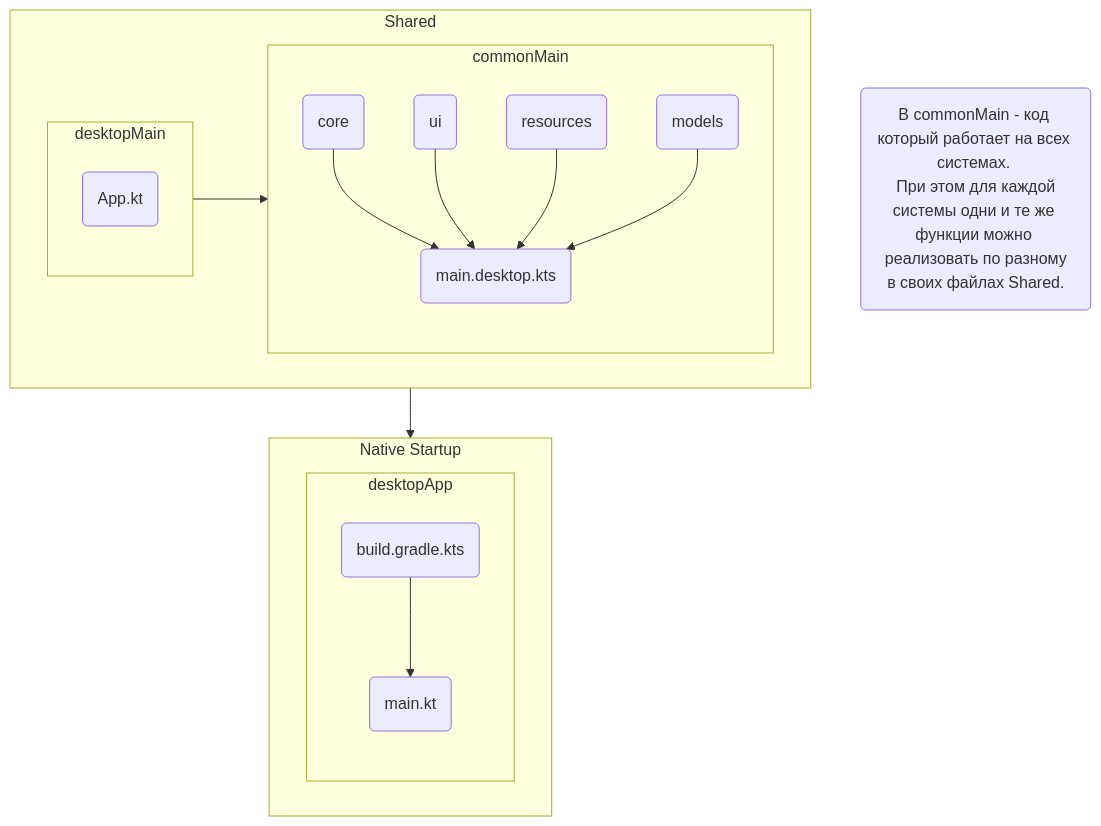
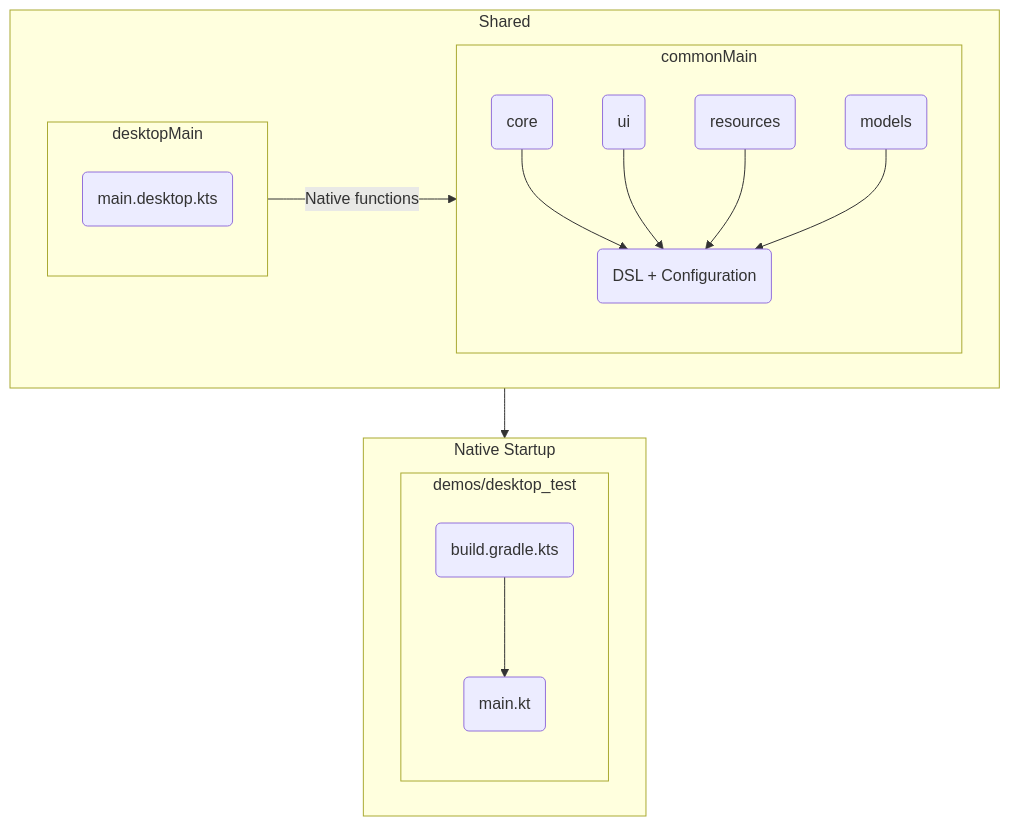
Before and after one commit to Leftbrained-Inc/multimark: the first of 2 diagrams in README.md, drawn with Mermaid.

Commit message:
Update structure diagramm

````diff
--- a/README.md
+++ b/README.md
@@ -21,32 +21,31 @@
 ```mermaid
 graph TD
     subgraph startup["Native Startup"]
-        subgraph desktopApp["desktopApp"]
+        subgraph desktopApp["demos/desktop_test"]
         fileA("build.gradle.kts")
         fileB("main.kt")
         fileA --> fileB
         end
     end
 
     subgraph Shared
         subgraph common["commonMain"]
         folderD("core")
         folderE("ui")
         folderF("resources")
         folderG("models")
-        mainDesktop("main.desktop.kts")
-        folderD --> mainDesktop
-        folderE --> mainDesktop
-        folderF --> mainDesktop
-        folderG --> mainDesktop
+        dsl("DSL + Configuration")
+        folderD --> dsl
+        folderE --> dsl
+        folderF --> dsl
+        folderG --> dsl
         end
 
         subgraph desktop["desktopMain"]
-        fileApp("App.kt")
+            mainDesktop("main.desktop.kts")
         end
-        desktop --> common
+        desktop -->|Native functions| common 
     end
-    legend("В commonMain - код который работает на всех системах. \n При этом для каждой системы одни и те же функции можно \n реализовать по разному в своих файлах Shared.")
 
     Shared --> startup
 ```
````
